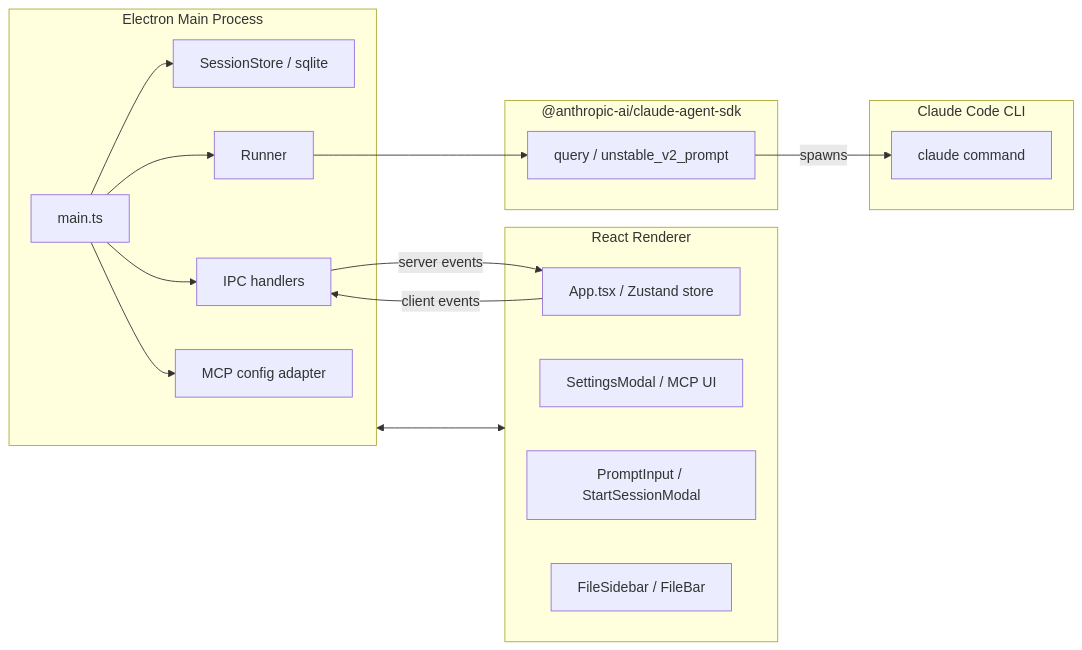
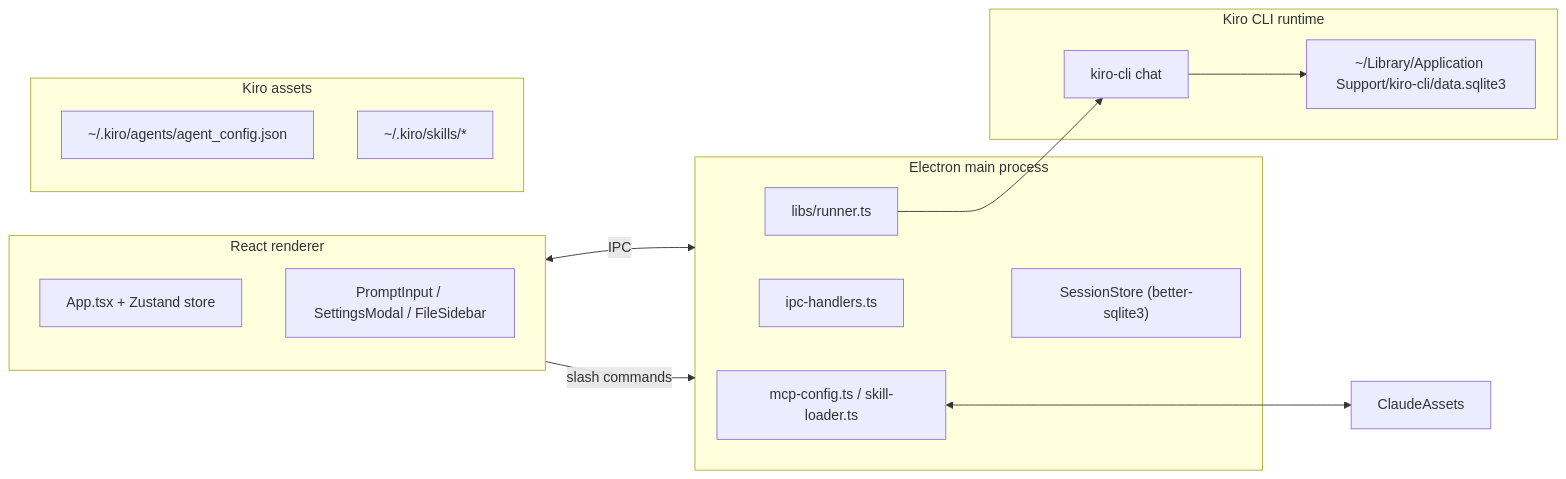
The first of 5 diagrams in docs/ARCHITECTURE.md (xrusjohn/sample-kiro-assistant), drawn with Mermaid before and after one commit. The commit also changed other lines of this file and 42 other files, not shown here.

````diff
--- a/docs/ARCHITECTURE.md
+++ b/docs/ARCHITECTURE.md
@@ -5,26 +14,28 @@
 ```mermaid
 flowchart LR
-    subgraph ElectronMain["Electron Main Process"]
-        A[main.ts] --> B[SessionStore / sqlite]
-        A --> C[Runner]
-        A --> D[IPC handlers]
-        A --> E[MCP config adapter]
+    subgraph ElectronMain["Electron main process"]
+        ipc["ipc-handlers.ts"]
+        runner["libs/runner.ts"]
+        store["SessionStore (better-sqlite3)"]
+        cfg["mcp-config.ts / skill-loader.ts"]
     end
-    subgraph ReactRenderer["React Renderer"]
-        F[App.tsx / Zustand store]
-        G[SettingsModal / MCP UI]
-        H[PromptInput / StartSessionModal]
-        I[FileSidebar / FileBar]
+    subgraph ReactRenderer["React renderer"]
+        app["App.tsx + Zustand store"]
+        panels["PromptInput / SettingsModal / FileSidebar"]
     end
-    subgraph SDK["@anthropic-ai/claude-agent-sdk"]
-        J[query / unstable_v2_prompt]
+    subgraph KiroRuntime["Kiro CLI runtime"]
+        bin["kiro-cli chat"]
+        data["~/Library/Application Support/kiro-cli/data.sqlite3"]
     end
-    subgraph ClaudeCode["Claude Code CLI"]
-        K[claude command]
+    subgraph KiroAssets["Kiro assets"]
+        claudeCfg["~/.kiro/agents/agent_config.json"]
+        skills["~/.kiro/skills/*"]
     end
-    ElectronMain <--> ReactRenderer
-    C --> J
-    J -->|spawns| K
-    F -->|client events| D
-    D -->|server events| F
+
+    ReactRenderer <-- IPC --> ElectronMain
+    runner --> bin
+    bin --> data
+    cfg <---> ClaudeAssets
+    ElectronMain --> store
+    ReactRenderer -->|slash commands| ElectronMain
 ```
````
